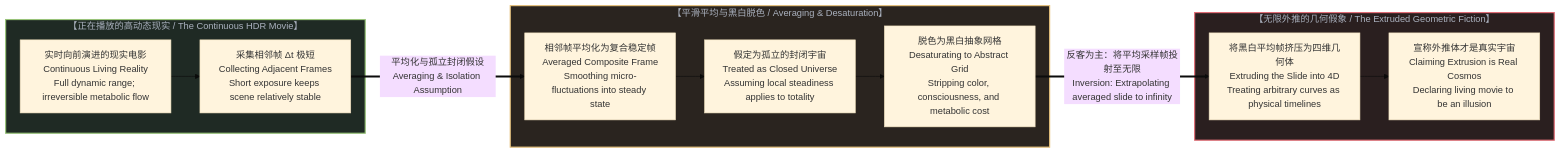
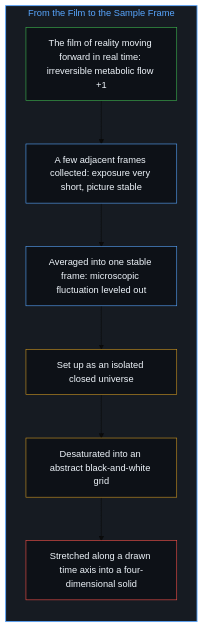
Before and after one commit to powerpig99/not-a-toe: the fourth of 12 diagrams in content/posts/the-black-and-white-sample-frame-and-the-extrapolated-universe.md, drawn with Mermaid (base theme). The commit also changed other lines of this file and 2 other files, not shown here.

Commit message:
Refine the-black-and-white-sample-frame: alternating bilingual layout, six paired diagrams, constants as readings, implicit first person

````diff
--- a/content/posts/the-black-and-white-sample-frame-and-the-extrapolated-universe.md
+++ b/content/posts/the-black-and-white-sample-frame-and-the-extrapolated-universe.md
@@ -69,29 +119,25 @@
 ```mermaid
-graph LR
-    subgraph LivingMovie["【正在播放的高动态现实 / The Continuous HDR Movie】"]
-        HDR["实时向前演进的现实电影<br>Continuous Living Reality<br>Full dynamic range; irreversible metabolic flow"]
-        AdjacentFrames["采集相邻帧 Δt 极短<br>Collecting Adjacent Frames<br>Short exposure keeps scene relatively stable"]
-        HDR --> AdjacentFrames
+flowchart TD
+    subgraph S_Frame["From the Film to the Sample Frame"]
+        direction TB
+        Film["The film of reality moving forward in real time: irreversible metabolic flow +1"]
+        Adjacent["A few adjacent frames collected: exposure very short, picture stable"]
+        Average["Averaged into one stable frame: microscopic fluctuation leveled out"]
+        Closed["Set up as an isolated closed universe"]
+        Grid["Desaturated into an abstract black-and-white grid"]
+        Extrude["Stretched along a drawn time axis into a four-dimensional solid"]
+        Film --> Adjacent
+        Adjacent --> Average
+        Average --> Closed
+        Closed --> Grid
+        Grid --> Extrude
     end
 
-    subgraph AveragingAndDesaturate["【平滑平均与黑白脱色 / Averaging & Desaturation】"]
-        AverageFrame["相邻帧平均化为复合稳定帧<br>Averaged Composite Frame<br>Smoothing micro-fluctuations into steady state"]
-        ClosedUniverse["假定为孤立的封闭宇宙<br>Treated as Closed Universe<br>Assuming local steadiness applies to totality"]
-        Desaturate["脱色为黑白抽象网格<br>Desaturating to Abstract Grid<br>Stripping color, consciousness, and metabolic cost"]
-        AverageFrame --> ClosedUniverse
-        ClosedUniverse --> Desaturate
-    end
-
-    subgraph ExtrudedIllusion["【无限外推的几何假象 / The Extruded Geometric Fiction】"]
-        ExtrudeTo4D["将黑白平均帧挤压为四维几何体<br>Extruding the Slide into 4D<br>Treating arbitrary curves as physical timelines"]
-        ClaimTrueUniverse["宣称外推体才是真实宇宙<br>Claiming Extrusion is Real Cosmos<br>Declaring living movie to be an illusion"]
-        ExtrudeTo4D --> ClaimTrueUniverse
-    end
-
-    AdjacentFrames ==>|"平均化与孤立封闭假设<br>Averaging & Isolation Assumption"| AverageFrame
-    Desaturate ==>|"反客为主：将平均采样帧投射至无限<br>Inversion: Extrapolating averaged slide to infinity"| ExtrudeTo4D
-
-    style LivingMovie fill:#1f2a24,stroke:#98c379,stroke-width:2px,color:#abb2bf
-    style AveragingAndDesaturate fill:#2a241f,stroke:#e5c07b,stroke-width:2px,color:#abb2bf
-    style ExtrudedIllusion fill:#2a1f1f,stroke:#e06c75,stroke-width:2px,color:#abb2bf
+    style S_Frame fill:#161b22,stroke:#58a6ff,stroke-width:1.5px,color:#58a6ff
+    style Film fill:#0d1117,stroke:#3fb950,stroke-width:1px,color:#f0f6fc
+    style Adjacent fill:#0d1117,stroke:#58a6ff,stroke-width:1px,color:#f0f6fc
+    style Average fill:#0d1117,stroke:#58a6ff,stroke-width:1px,color:#f0f6fc
+    style Closed fill:#0d1117,stroke:#d29922,stroke-width:1px,color:#f0f6fc
+    style Grid fill:#0d1117,stroke:#d29922,stroke-width:1px,color:#f0f6fc
+    style Extrude fill:#0d1117,stroke:#f85149,stroke-width:1px,color:#f0f6fc
 ```
````
